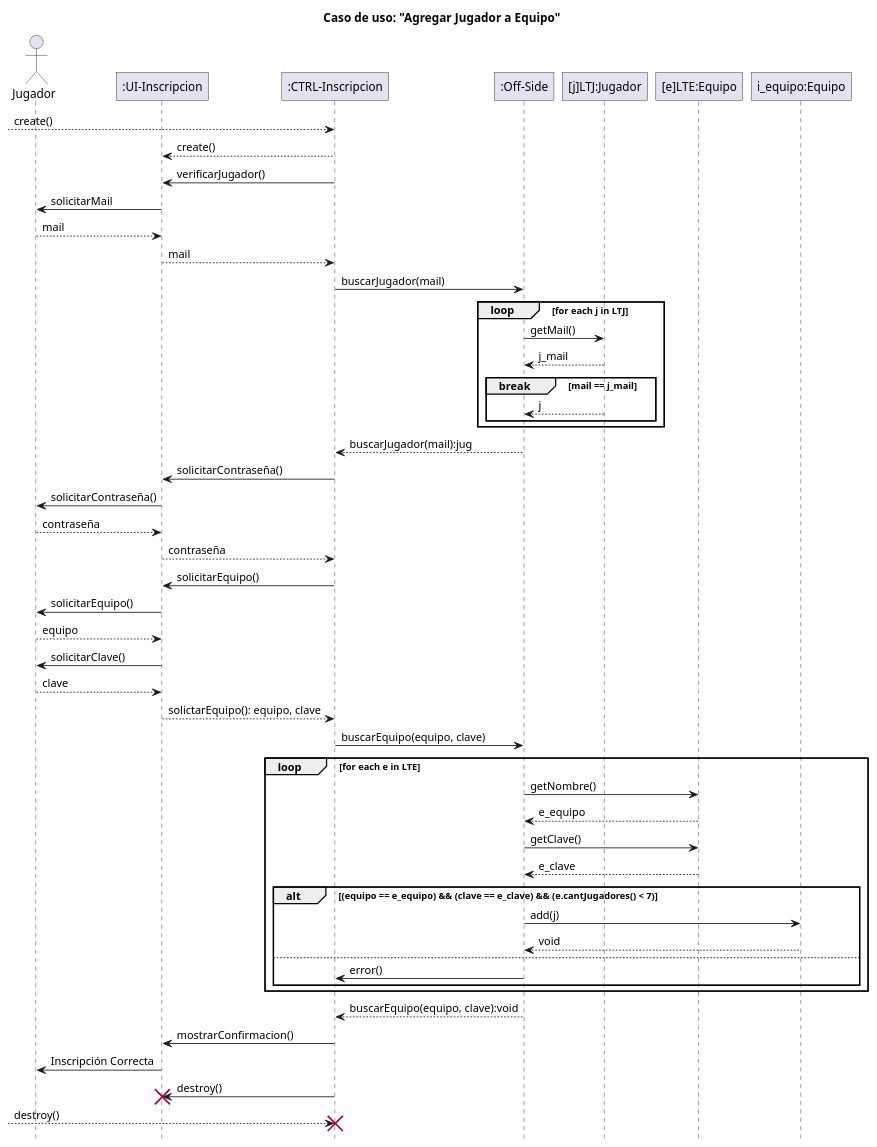
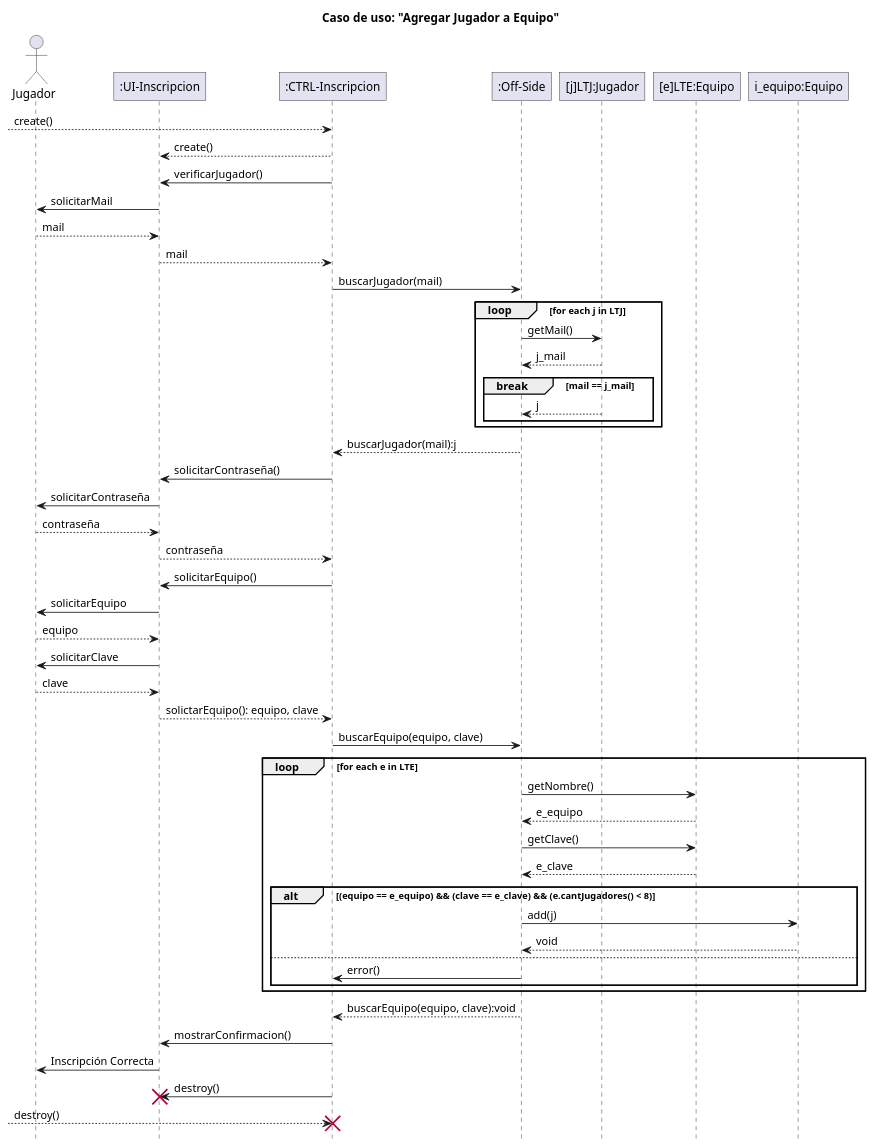
One commit to Z0SO/UML-Practice changed the second of 3 diagrams in Modelos parciales/modelo 2.md. Above: the diagram before and after it, drawn with PlantUML. The commit also changed other lines of this file and 1 other file, not shown here.

```diff
--- a/Modelos parciales/modelo 2.md
+++ b/Modelos parciales/modelo 2.md
@@ -175,11 +175,11 @@
     end
 end
 
-sistema --> controlador : buscarJugador(mail):jug
+sistema --> controlador : buscarJugador(mail):j
 
 
 controlador -> ui : solicitarContraseña()
-ui -> jugador : solicitarContraseña()
+ui -> jugador : solicitarContraseña
 jugador --> ui : contraseña
 ui --> controlador : contraseña
 
@@ -187,10 +187,10 @@
 
 controlador -> ui : solicitarEquipo()
 
-ui -> jugador : solicitarEquipo()
+ui -> jugador : solicitarEquipo
 jugador --> ui : equipo
 
-ui -> jugador : solicitarClave()
+ui -> jugador : solicitarClave
 jugador --> ui : clave
 
 ui --> controlador : solictarEquipo(): equipo, clave
@@ -206,7 +206,7 @@
     e --> sistema : e_clave
 
     ' si coniciden los nombres se tendria que agregar al equipo el jugador
-    alt (equipo == e_equipo) && (clave == e_clave) && (e.cantJugadores() < 7)
+    alt (equipo == e_equipo) && (clave == e_clave) && (e.cantJugadores() < 8)
         sistema -> equipo : add(j)
         equipo --> sistema : void
     else
```
